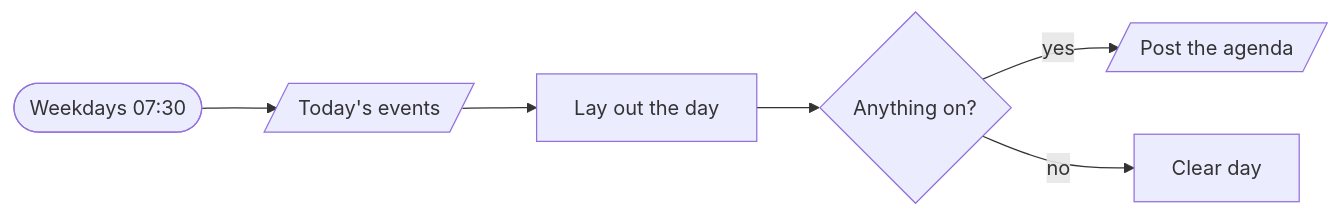
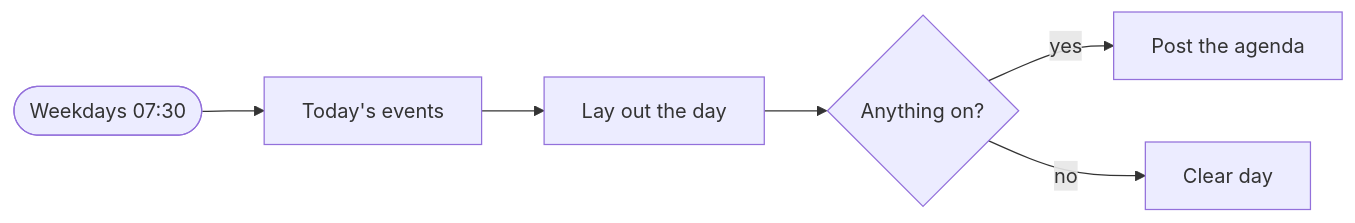
Before and after one commit to kimjoshuadr/n8n-workflows: the second of 4 diagrams in workflows/operations/README.md, drawn with Mermaid. The commit also changed other lines of this file and 184 other files, not shown here.

Commit message:
Finish the move to named platforms: blocks, BambooHR, generated README, schema and platform marks

````diff
--- a/workflows/operations/README.md
+++ b/workflows/operations/README.md
@@ -66,14 +64,14 @@
 ```mermaid
 flowchart LR
   njkue0y(["Weekdays 07:30"])
-  nv031w3[/"Today's events"/]
+  nv031w3["Today's events"]
   ncxgb2w["Lay out the day"]
   n1hk3io9{"Anything on?"}
-  n17rmdxw[/"Post the agenda"/]
+  n17rmdxw["Post the agenda"]
   n1odn3lu["Clear day"]
   njkue0y --> nv031w3
   nv031w3 --> ncxgb2w
   ncxgb2w --> n1hk3io9
   n1hk3io9 -->|yes| n17rmdxw
   n1hk3io9 -->|no| n1odn3lu
 ```
````
